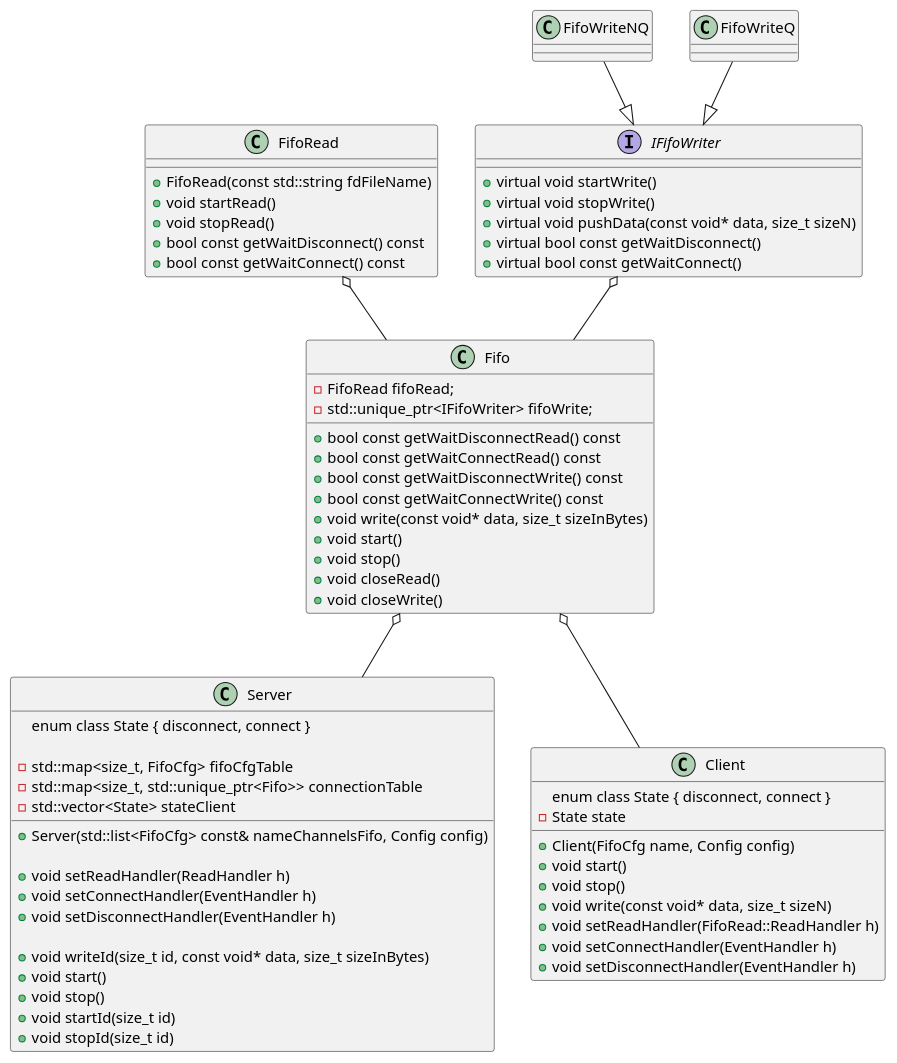
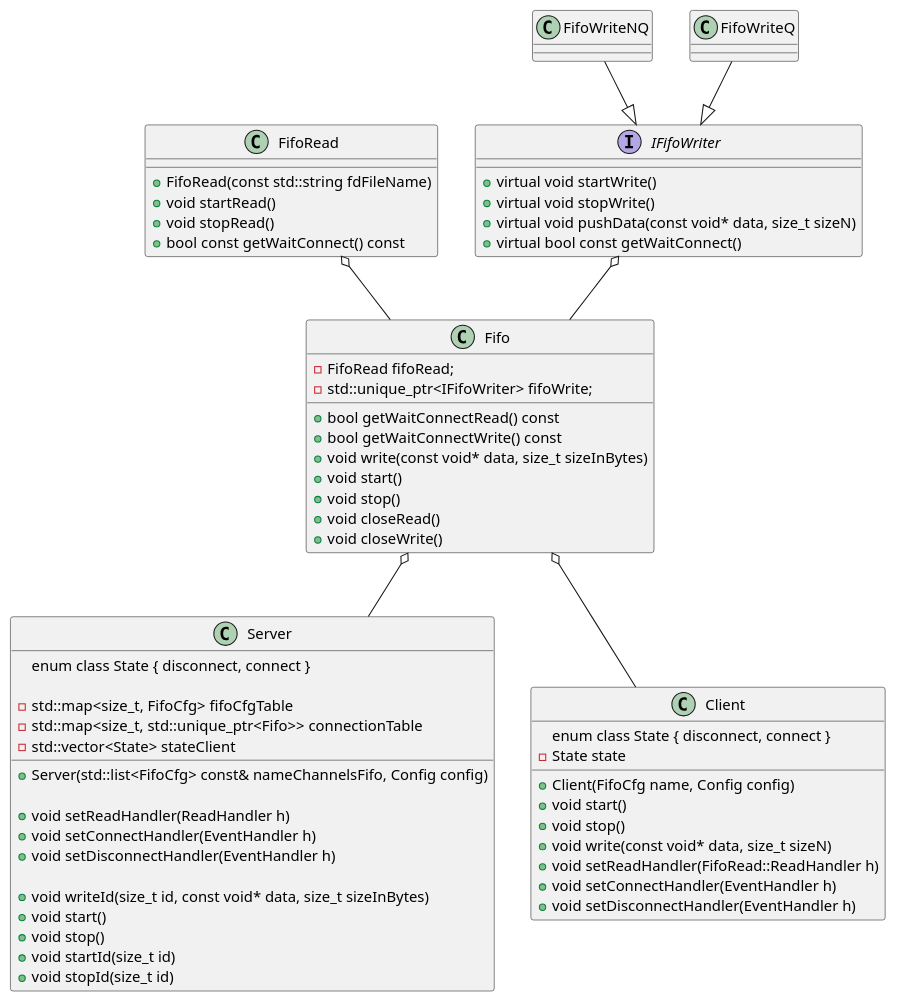
One commit to Ilya-Abramov00/FifoMaster changed the diagram in TestTask/diagram_Server.puml. Above: the diagram before and after it, drawn with PlantUML. The commit also changed 11 other files, not shown here.

```diff
--- a/TestTask/diagram_Server.puml
+++ b/TestTask/diagram_Server.puml
@@ -1,82 +1,79 @@
 @startuml
 
 interface IFifoWriter {
 	+virtual void startWrite()
 	+virtual void stopWrite()
 	+virtual void pushData(const void* data, size_t sizeN)
-	+virtual bool const getWaitDisconnect()
 	+virtual bool const getWaitConnect()
+	
 }
 
 
 
 class FifoWriteNQ
 class FifoWriteQ
 
 FifoWriteNQ --|> IFifoWriter
 FifoWriteQ --|> IFifoWriter
 
 class FifoRead {
 	+FifoRead(const std::string fdFileName)
 	+void startRead()
 	+void stopRead()
-	+bool const getWaitDisconnect() const
 	+bool const getWaitConnect() const
 }
 
 class Fifo {
-	+bool const getWaitDisconnectRead() const
-	+bool const getWaitConnectRead() const
-	+bool const getWaitDisconnectWrite() const
-	+bool const getWaitConnectWrite() const
+	+bool getWaitConnectRead() const
+	+bool getWaitConnectWrite() const
 	+void write(const void* data, size_t sizeInBytes)
 	+void start()
 	+void stop()
 	+void closeRead()
 	+void closeWrite()
 
 	-FifoRead fifoRead;
     -std::unique_ptr<IFifoWriter> fifoWrite;
 }
 
 FifoRead o--Fifo
 IFifoWriter o--Fifo
 
 
 
 class Server {
 	+Server(std::list<FifoCfg> const& nameChannelsFifo, Config config)
 
 	+void setReadHandler(ReadHandler h)
 	+void setConnectHandler(EventHandler h)
 	+void setDisconnectHandler(EventHandler h)
 
 	+void writeId(size_t id, const void* data, size_t sizeInBytes)
 	+void start()
 	+void stop()
     +void startId(size_t id)
     +void stopId(size_t id)
 
 enum class State { disconnect, connect }
 
 	-std::map<size_t, FifoCfg> fifoCfgTable
 	-std::map<size_t, std::unique_ptr<Fifo>> connectionTable
     -std::vector<State> stateClient
 }
 Fifo o--Server
 
 class Client {
 	+Client(FifoCfg name, Config config)
 	+void start()
 	+void stop()
 	+void write(const void* data, size_t sizeN)
 	+void setReadHandler(FifoRead::ReadHandler h)
 	+void setConnectHandler(EventHandler h)
 	+void setDisconnectHandler(EventHandler h)
 	enum class State { disconnect, connect }
 	-State state
 }
 
 Fifo o--Client
 
 @enduml
```
